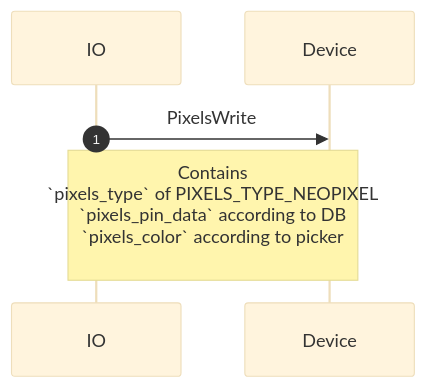
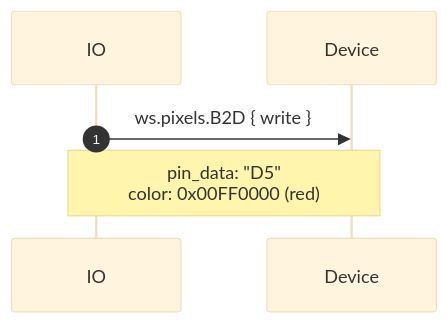
One commit to adafruit/Wippersnapper_Protobuf changed the second of 10 diagrams in proto/wippersnapper/docs/pixels.md. Above: the diagram before and after it, drawn with Mermaid (base theme). The commit also changed other lines of this file and 10 other files, not shown here.

````diff
--- a/proto/wippersnapper/docs/pixels.md
+++ b/proto/wippersnapper/docs/pixels.md
@@ -26,6 +82,6 @@
 ```mermaid
 sequenceDiagram
 autonumber
-IO->>Device: PixelsWrite
-Note over IO, Device: Contains<br> `pixels_type` of PIXELS_TYPE_NEOPIXEL<br>`pixels_pin_data` according to DB<br>`pixels_color` according to picker<br>
+IO->>Device: ws.pixels.B2D { write }
+Note over IO, Device: pin_data: "D5"<br/>color: 0x00FF0000 (red)
 ```
````
